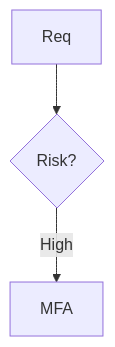
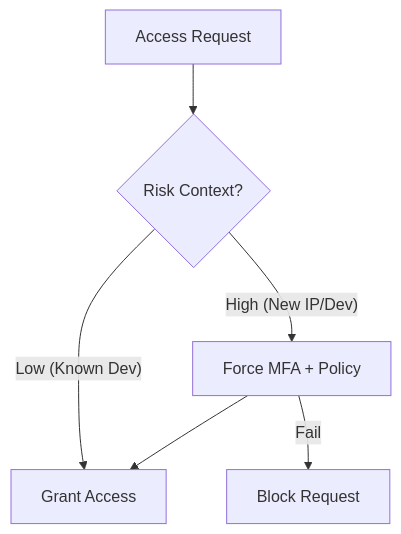
Before and after one commit to Devopstrio/identity-landingzone: the sixth of 30 diagrams in README.md, drawn with Mermaid. The commit also changed other lines of this file, not shown here.

Commit message:
docs: finalize premium institutional-grade README with 30+ diagrams and executive summary

````diff
--- a/README.md
+++ b/README.md
@@ -69,5 +158,8 @@
 ```mermaid
 graph TD
-    Req[Req] --> Context{Risk?}
-    Context -- High --> MFA[MFA]
+    Req[Access Request] --> Context{Risk Context?}
+    Context -- "High (New IP/Dev)" --> MFA[Force MFA + Policy]
+    Context -- "Low (Known Dev)" --> Success[Grant Access]
+    MFA --> Success
+    MFA -- "Fail" --> Deny[Block Request]
 ```
````
